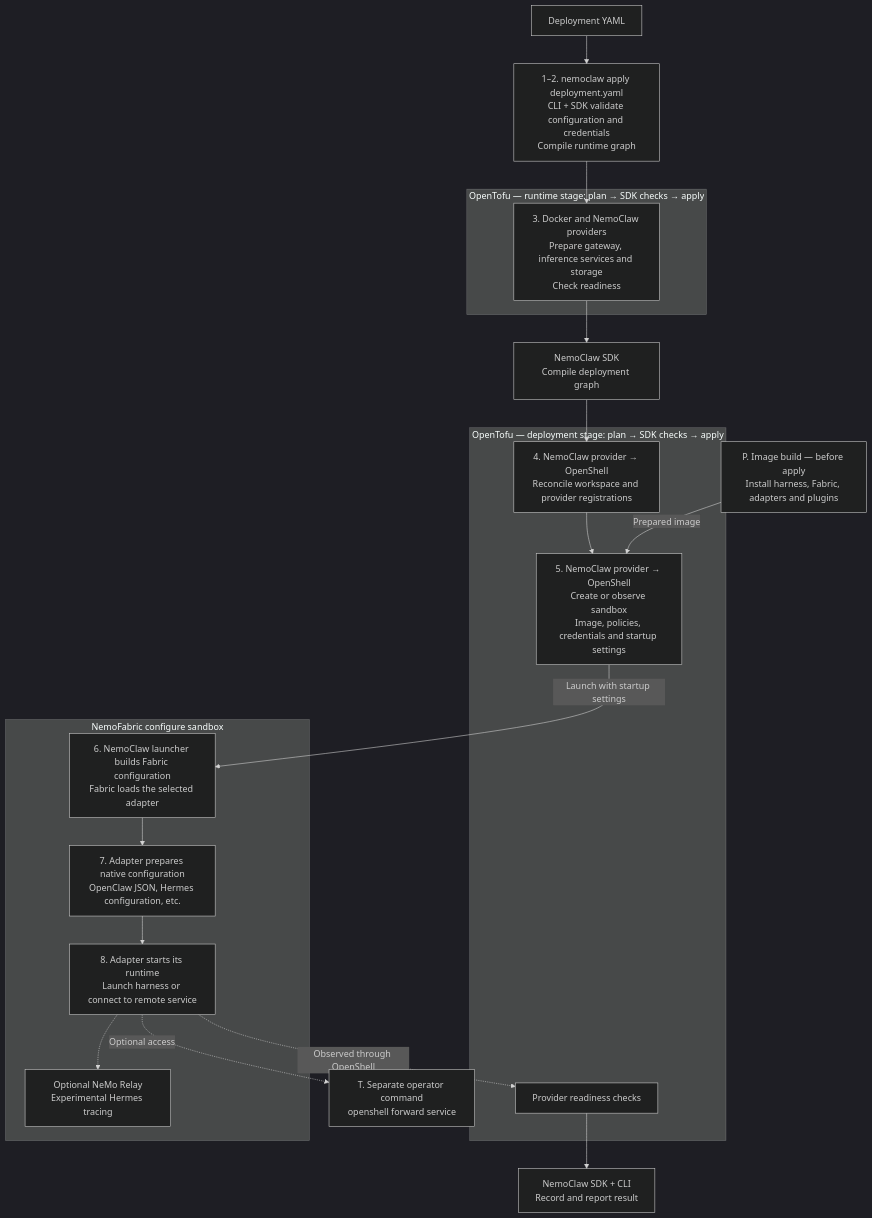
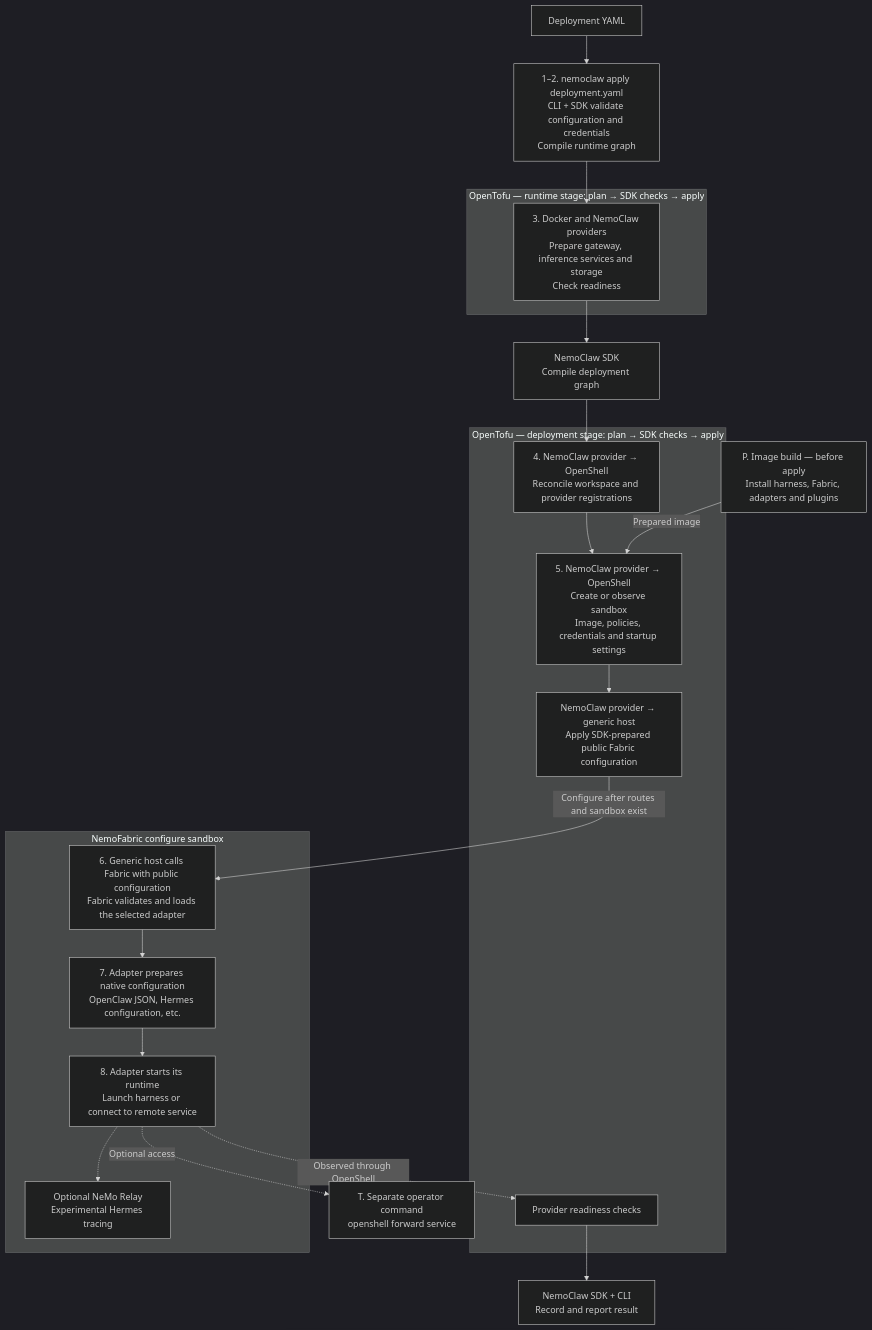
The diagram in docs/design/apply-flow.md (NVIDIA/NemoClaw), drawn with Mermaid (dark theme) before and after one commit. The commit also changed other lines of this file and 264 other files, not shown here.

````diff
--- a/docs/design/apply-flow.md
+++ b/docs/design/apply-flow.md
@@ -24,41 +24,42 @@
 ```mermaid
 flowchart TB
     YAML["Deployment YAML"] --> SDK["1–2. nemoclaw apply deployment.yaml<br/>CLI + SDK validate configuration and credentials<br/>Compile runtime graph"]
 
     subgraph INFRA["OpenTofu — runtime stage: plan → SDK checks → apply"]
         RUNTIME["3. Docker and NemoClaw providers<br/>Prepare gateway, inference services and storage<br/>Check readiness"]
     end
 
     SDK --> RUNTIME
     RUNTIME --> COMPILE["NemoClaw SDK<br/>Compile deployment graph"]
 
     subgraph DEPLOY["OpenTofu — deployment stage: plan → SDK checks → apply"]
         PROVIDERS["4. NemoClaw provider → OpenShell<br/>Reconcile workspace and provider registrations"]
         SANDBOX["5. NemoClaw provider → OpenShell<br/>Create or observe sandbox<br/>Image, policies, credentials and startup settings"]
+        CONFIG["NemoClaw provider → generic host<br/>Apply SDK-prepared public Fabric configuration"]
         CHECK["Provider readiness checks"]
 
-        PROVIDERS --> SANDBOX
+        PROVIDERS --> SANDBOX --> CONFIG
     end
 
     COMPILE --> PROVIDERS
 
     IMAGE["P. Image build — before apply<br/>Install harness, Fabric, adapters and plugins"]
     IMAGE -->|"Prepared image"| SANDBOX
 
     subgraph AGENT["NemoFabric configure sandbox"]
-        FABRIC["6. NemoClaw launcher builds Fabric configuration<br/>Fabric loads the selected adapter"]
+        FABRIC["6. Generic host calls Fabric with public configuration<br/>Fabric validates and loads the selected adapter"]
         ADAPTER["7. Adapter prepares native configuration<br/>OpenClaw JSON, Hermes configuration, etc."]
         HARNESS["8. Adapter starts its runtime<br/>Launch harness or connect to remote service"]
         RELAY["Optional NeMo Relay<br/>Experimental Hermes tracing"]
 
         FABRIC --> ADAPTER --> HARNESS
         HARNESS -.-> RELAY
     end
 
-    SANDBOX -->|"Launch with startup settings"| FABRIC
+    CONFIG -->|"Configure after routes and sandbox exist"| FABRIC
     HARNESS -. "Observed through OpenShell" .-> CHECK
     CHECK --> RESULT["NemoClaw SDK + CLI<br/>Record and report result"]
 
     FORWARD["T. Separate operator command<br/>openshell forward service"]
     HARNESS -. "Optional access" .-> FORWARD
 ```
````
